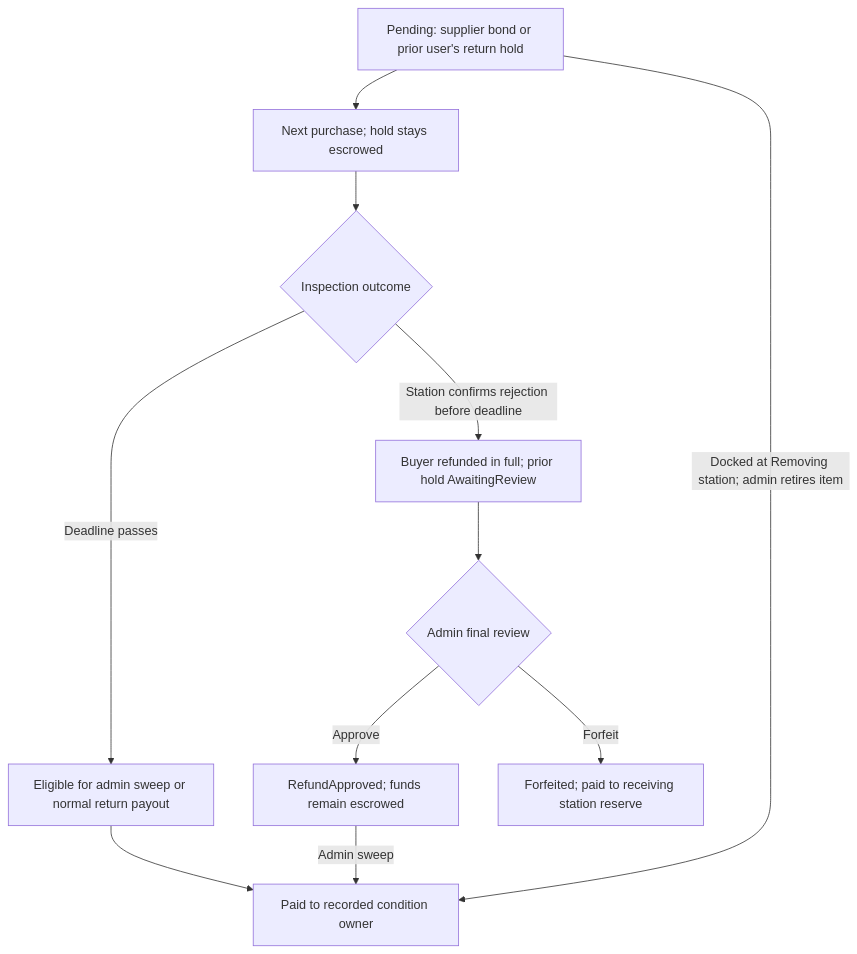
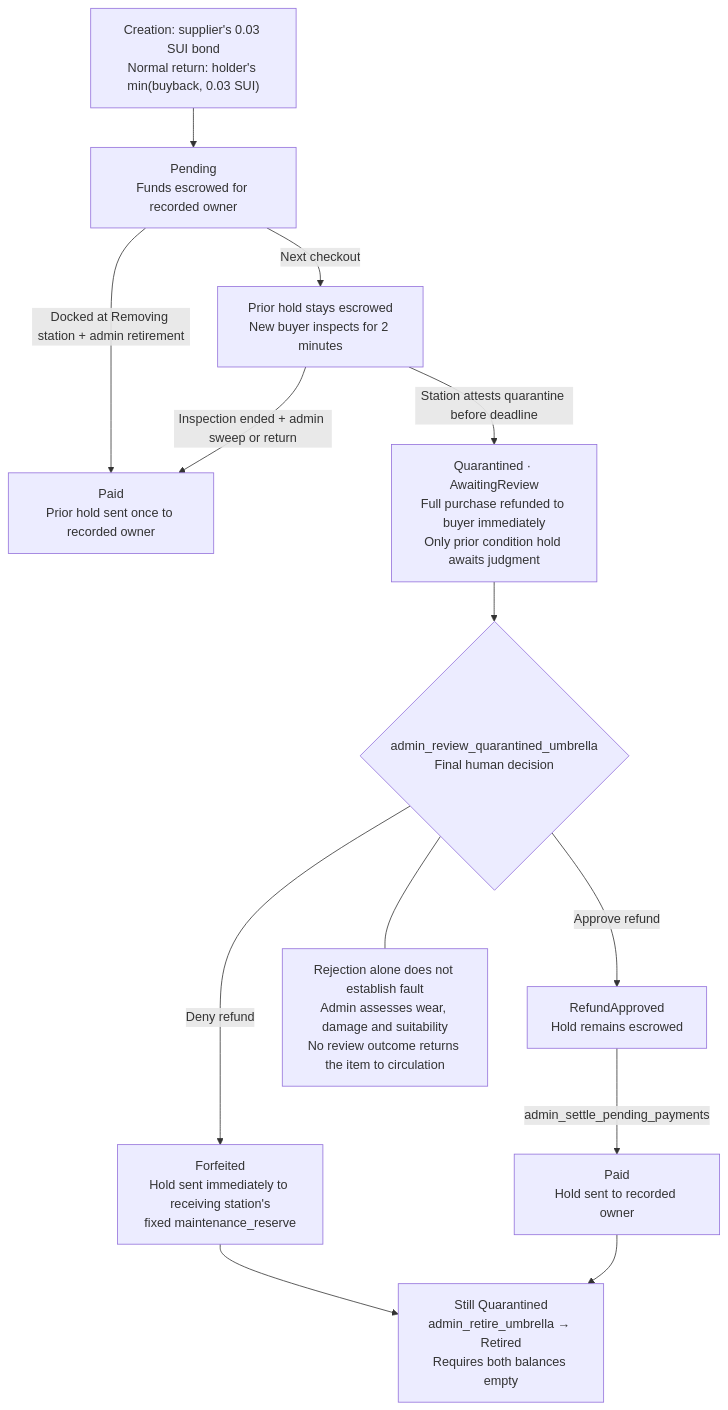
One commit to towa-hi/sui-kirisame changed the fifth of 7 diagrams in docs/project-flows.md. Above: the diagram before and after it, drawn with Mermaid. The commit also changed other lines of this file, not shown here.

Commit message:
updated project-flows

````diff
--- a/docs/project-flows.md
+++ b/docs/project-flows.md
@@ -23,13 +91,18 @@
 ```mermaid
-flowchart TD
-    Pending["Pending: supplier bond or prior user's return hold"] --> Purchase["Next purchase; hold stays escrowed"]
-    Purchase --> Outcome{"Inspection outcome"}
-    Outcome -->|Deadline passes| Eligible["Eligible for admin sweep or normal return payout"]
-    Eligible --> Paid["Paid to recorded condition owner"]
-    Outcome -->|Station confirms rejection before deadline| Review["Buyer refunded in full; prior hold AwaitingReview"]
-    Review --> Decision{"Admin final review"}
-    Decision -->|Approve| Approved["RefundApproved; funds remain escrowed"]
-    Approved -->|Admin sweep| Paid
-    Decision -->|Forfeit| Reserve["Forfeited; paid to receiving station reserve"]
-    Pending -->|Docked at Removing station; admin retires item| Paid
+flowchart TB
+    Initial["Creation: supplier's 0.03 SUI bond<br/>Normal return: holder's min(buyback, 0.03 SUI)"]
+    Pending["Pending<br/>Funds escrowed for recorded owner"]
+    Initial --> Pending
+    Pending -->|"Next checkout"| Inspection["Prior hold stays escrowed<br/>New buyer inspects for 2 minutes"]
+    Inspection -->|"Inspection ended + admin sweep or return"| Paid["Paid<br/>Prior hold sent once to recorded owner"]
+    Pending -->|"Docked at Removing station + admin retirement"| Paid
+    Inspection -->|"Station attests quarantine before deadline"| Review["Quarantined · AwaitingReview<br/>Full purchase refunded to buyer immediately<br/>Only prior condition hold awaits judgment"]
+    Review --> Judge{"admin_review_quarantined_umbrella<br/>Final human decision"}
+    Judge -->|"Approve refund"| Approved["RefundApproved<br/>Hold remains escrowed"]
+    Approved -->|"admin_settle_pending_payments"| PaidReview["Paid<br/>Hold sent to recorded owner"]
+    Judge -->|"Deny refund"| Forfeited["Forfeited<br/>Hold sent immediately to receiving station's<br/>fixed maintenance_reserve"]
+    PaidReview --> Retire["Still Quarantined<br/>admin_retire_umbrella → Retired<br/>Requires both balances empty"]
+    Forfeited --> Retire
+    Rationale["Rejection alone does not establish fault<br/>Admin assesses wear, damage and suitability<br/>No review outcome returns the item to circulation"]
+    Judge --- Rationale
 ```
````
